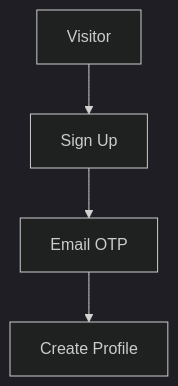
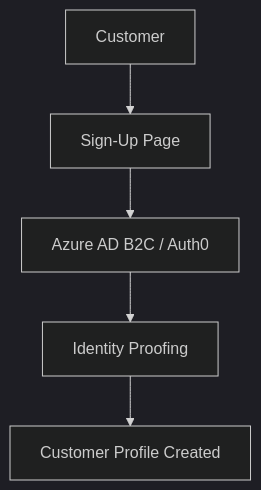
One commit to Devopstrio/identity-landingzone changed diagram 11 of 30 in README.md. Above: the diagram before and after it, drawn with Mermaid (dark theme). The commit also changed other lines of this file, not shown here.

Commit message:
docs: finalize premium institutional-grade README with 30+ diagrams and executive summary

````diff
--- a/README.md
+++ b/README.md
@@ -102,6 +206,7 @@
 ```mermaid
 graph TD
-    Visit[Visitor] --> Sign[Sign Up]
-    Sign --> Verify[Email OTP]
-    Verify --> Profile[Create Profile]
+    User[Customer] --> Portal[Sign-Up Page]
+    Portal --> B2C[Azure AD B2C / Auth0]
+    B2C --> MFA[Identity Proofing]
+    MFA --> DB[Customer Profile Created]
 ```
````
